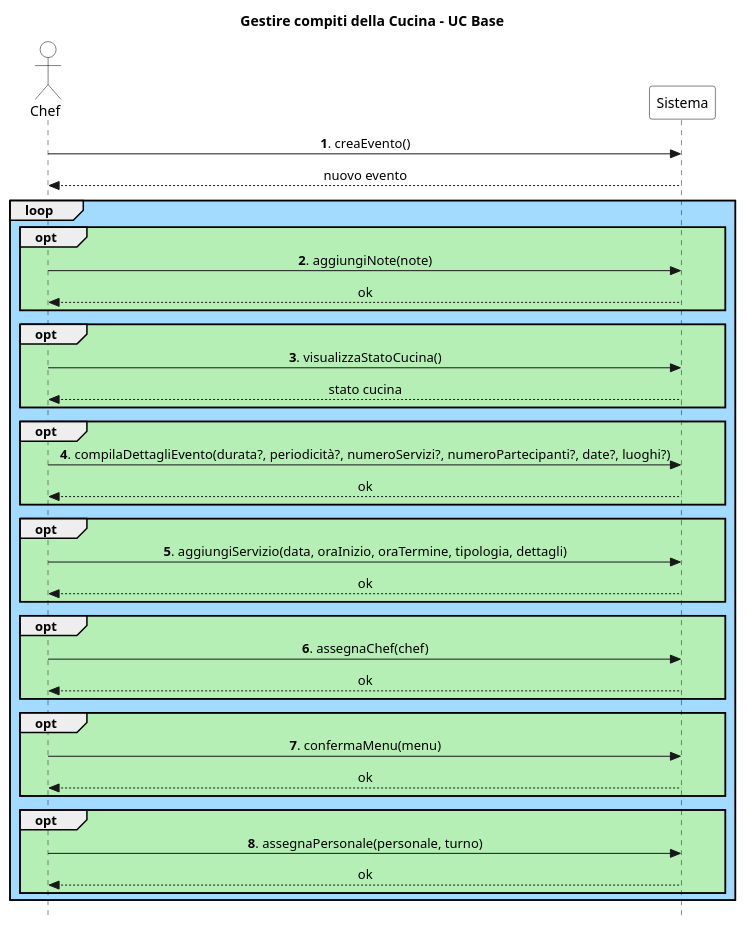
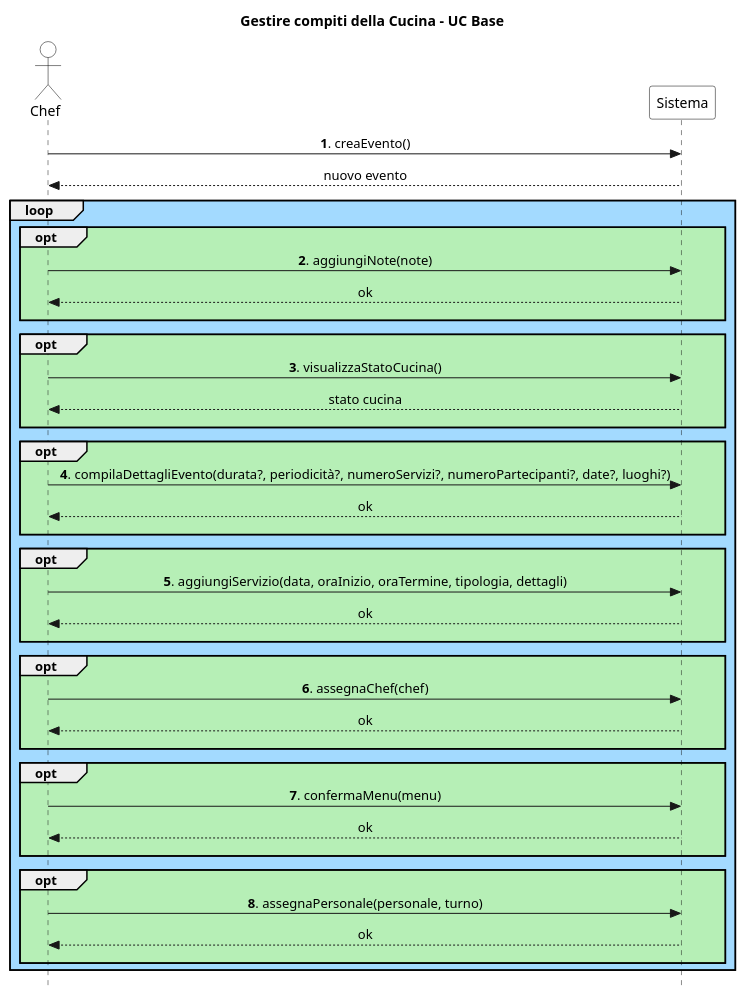
The diagram in UC Gestire Eventi/SSD/Base.puml (stefa168/sas-project), drawn with PlantUML before and after one commit.

Commit message:
Aggiunto dello spazio tra le varie risposte del sistema

```diff
--- a/UC Gestire Eventi/SSD/Base.puml
+++ b/UC Gestire Eventi/SSD/Base.puml
@@ -1,56 +1,63 @@
 @startuml
 skinparam Style strictuml
 skinparam SequenceMessageAlign center
 
 skinparam sequence {
     ActorBorderColor Black
     ActorBackgroundColor White
     ParticipantBorderColor Black
     ParticipantBackgroundColor White
 }
 
 actor Chef
 participant Sistema
 
 title Gestire compiti della Cucina - UC Base
 
 Chef -> Sistema: **1**. creaEvento()
 return nuovo evento
 
 loop #a3daff
     opt #b6efb6
         Chef -> Sistema: **2**. aggiungiNote(note)
         return ok
+        ||10||
     end
 
     opt #b6efb6
         Chef -> Sistema: **3**. visualizzaStatoCucina()
         return stato cucina
+        ||10||
     end
 
     opt #b6efb6
         Chef -> Sistema: **4**. compilaDettagliEvento(durata?, periodicità?, numeroServizi?, numeroPartecipanti?, date?, luoghi?)
         return ok
+        ||10||
     end
 
     opt #b6efb6
         Chef -> Sistema: **5**. aggiungiServizio(data, oraInizio, oraTermine, tipologia, dettagli)
         return ok
+        ||10||
     end
 
     opt #b6efb6
         Chef -> Sistema: **6**. assegnaChef(chef)
         return ok
+        ||10||
     end
 
     opt #b6efb6
         Chef -> Sistema: **7**. confermaMenu(menu)
         return ok
+        ||10||
     end
 
     opt #b6efb6
         Chef -> Sistema: **8**. assegnaPersonale(personale, turno)
         return ok
+        ||10||
     end
 end
 @enduml
```
